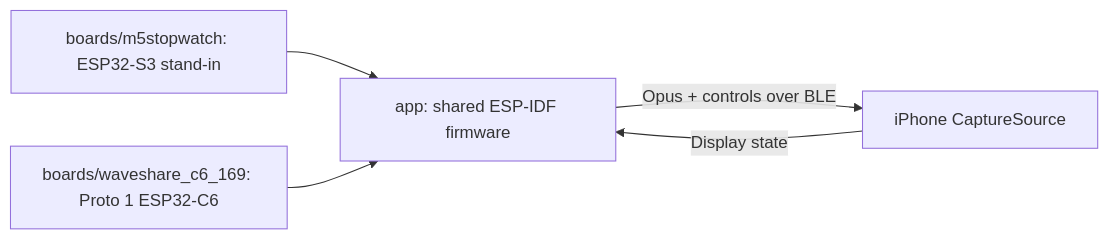
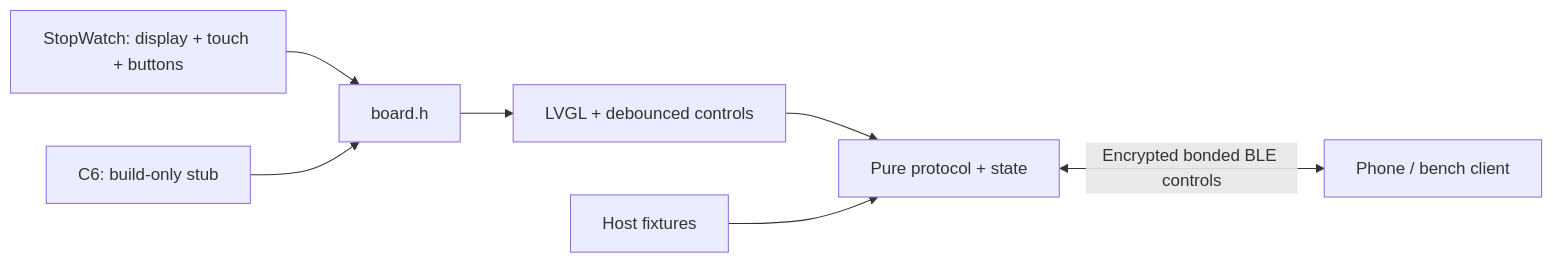
Before and after one commit to Harwasch/voiceremote: the diagram in FW/README.md, drawn with Mermaid. The commit also changed other lines of this file and 49 other files, not shown here.

First line of the commit message:
FW: stage 1 StopWatch firmware with screen, buttons and BLE control

````diff
--- a/FW/README.md
+++ b/FW/README.md
@@ -3,7 +3,9 @@
 ```mermaid
 flowchart LR
-    M5[boards/m5stopwatch: ESP32-S3 stand-in] --> App[app: shared ESP-IDF firmware]
-    C6[boards/waveshare_c6_169: Proto 1 ESP32-C6] --> App
-    App -->|Opus + controls over BLE| Phone[iPhone CaptureSource]
-    Phone -->|Display state| App
+    M5[StopWatch: display + touch + buttons] --> Board[board.h]
+    C6[C6: build-only stub] --> Board
+    Board --> UI[LVGL + debounced controls]
+    UI --> State[Pure protocol + state]
+    State <-->|Encrypted bonded BLE controls| Phone[Phone / bench client]
+    Tests[Host fixtures] --> State
 ```
````
